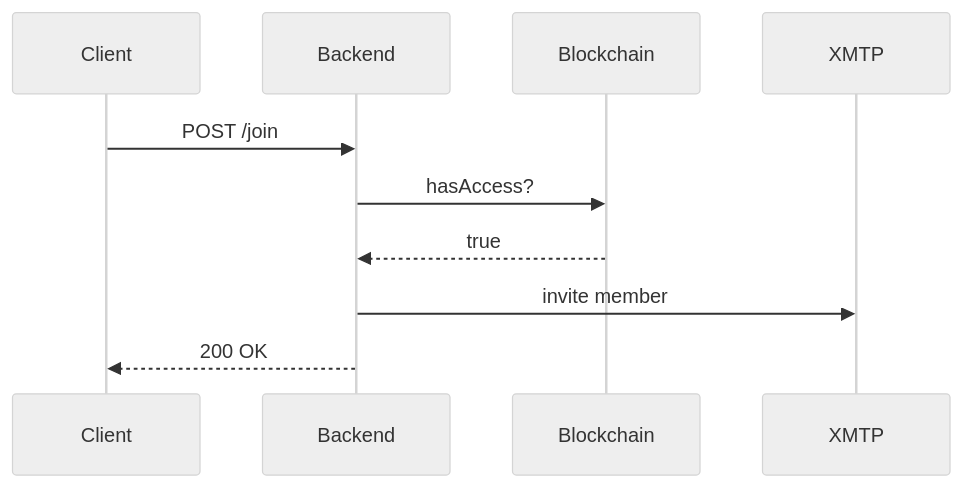
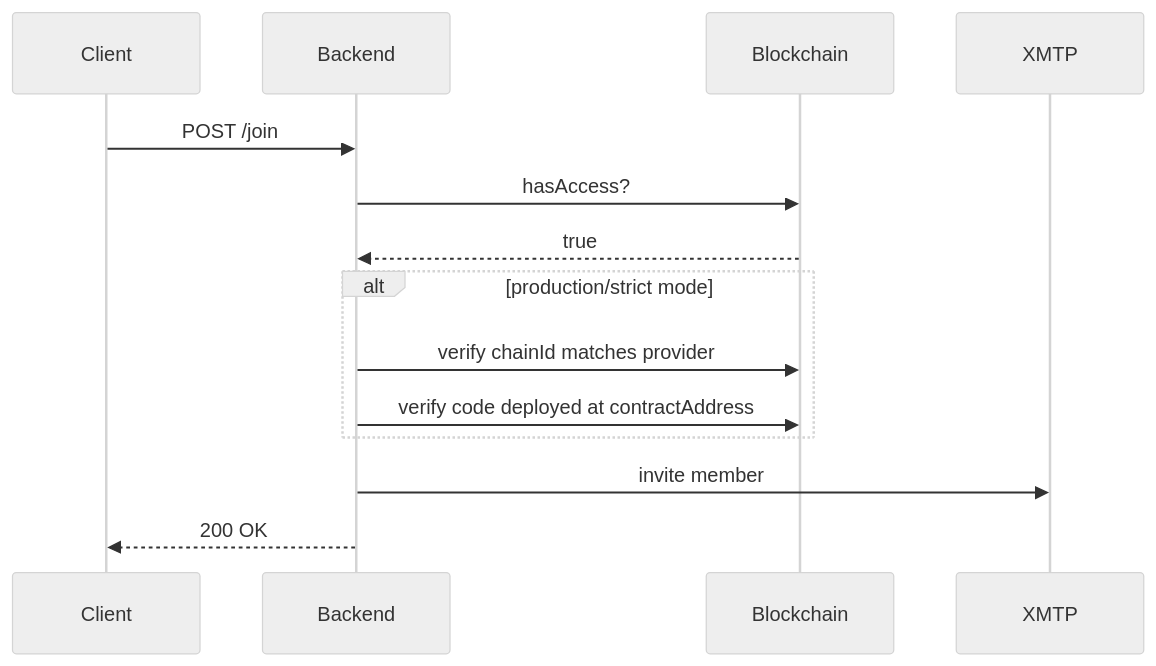
One commit to templ-fun/templ-evm-protocol changed the second of 2 diagrams in BACKEND.md. Above: the diagram before and after it, drawn with Mermaid (neutral theme). The commit also changed other lines of this file and 3 other files, not shown here.

````diff
--- a/BACKEND.md
+++ b/BACKEND.md
@@ -104,13 +104,17 @@
 ```mermaid
 sequenceDiagram
     participant C as Client
     participant B as Backend
     participant CHAIN as Blockchain
     participant X as XMTP
 
     C->>B: POST /join
     B->>CHAIN: hasAccess?
     CHAIN-->>B: true
+    alt production/strict mode
+      B->>CHAIN: verify chainId matches provider
+      B->>CHAIN: verify code deployed at contractAddress
+    end
     B->>X: invite member
     B-->>C: 200 OK
 ```
````
